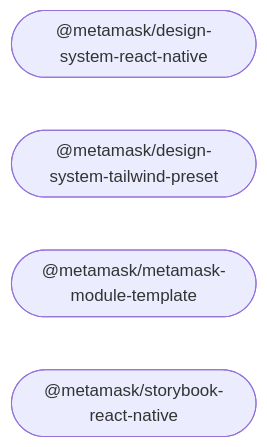
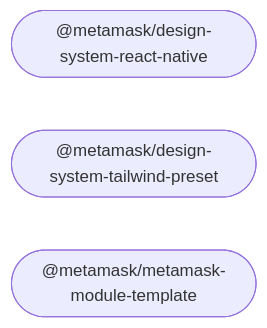
One commit to MetaMask/metamask-design-system changed the diagram in README.md. Above: the diagram before and after it, drawn with Mermaid. The commit also changed other lines of this file, not shown here.

````diff
--- a/README.md
+++ b/README.md
@@ -22,9 +21,8 @@
 ```mermaid
 %%{ init: { 'flowchart': { 'curve': 'bumpX' } } }%%
 graph LR;
 linkStyle default opacity:0.5
   design_system_react_native(["@metamask/design-system-react-native"]);
   design_system_tailwind_preset(["@metamask/design-system-tailwind-preset"]);
   metamask_module_template(["@metamask/metamask-module-template"]);
-  storybook_react_native(["@metamask/storybook-react-native"]);
 ```
````
